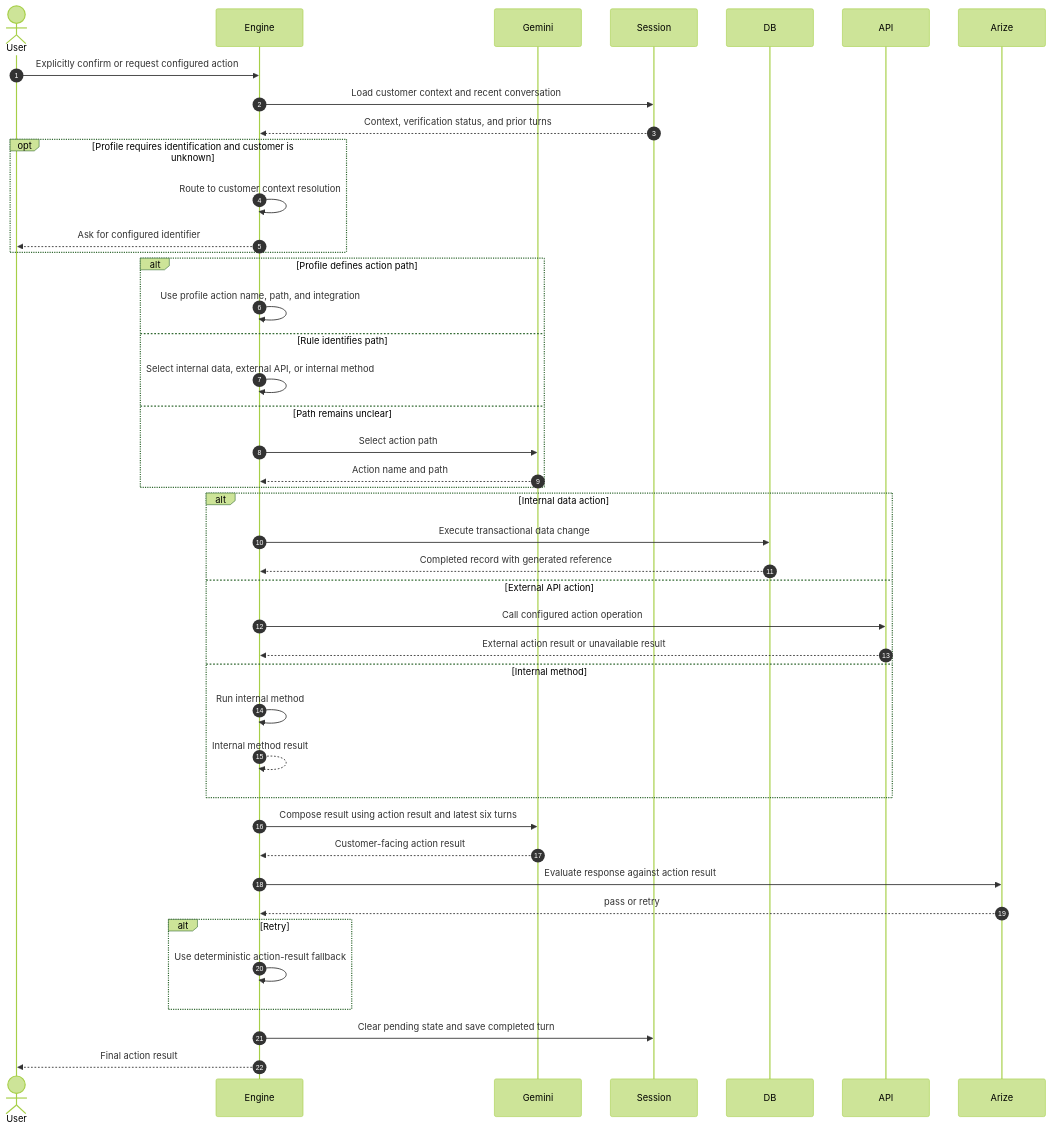
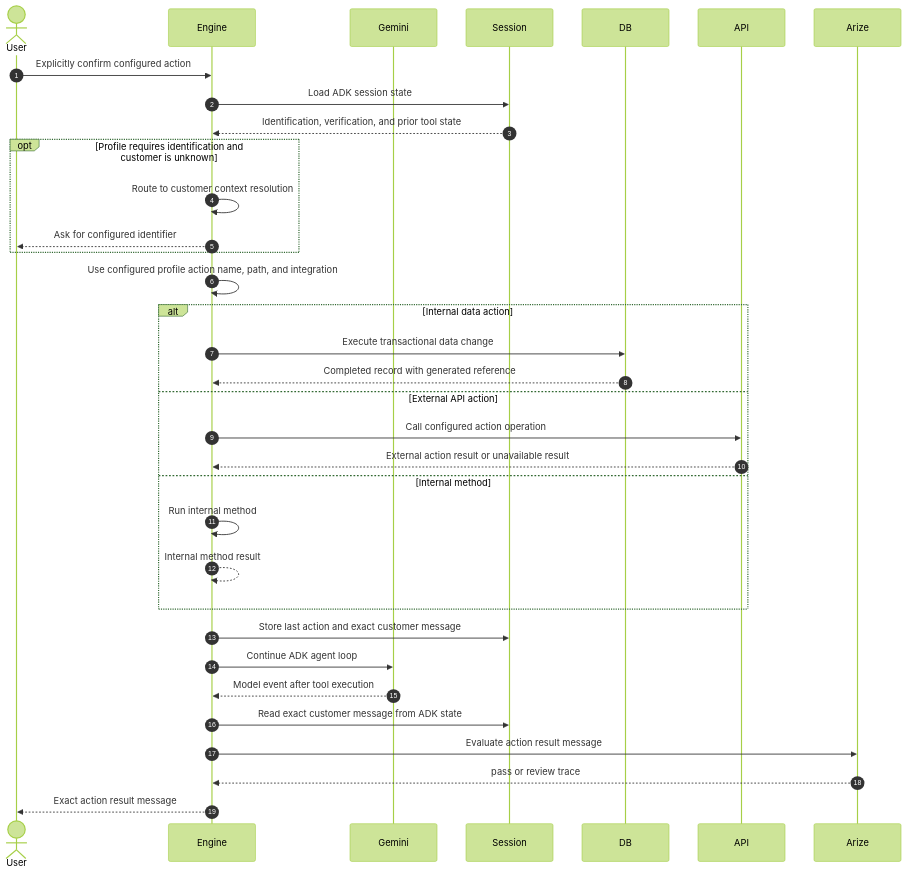
The diagram in docs/solution/sequences/action-execution.md (ariefwara/grounded-agentic-ai), drawn with Mermaid (forest theme) before and after one commit. The commit also changed other lines of this file and 91 other files, not shown here.

Commit message:
refactor engine around Google ADK

````diff
--- a/docs/solution/sequences/action-execution.md
+++ b/docs/solution/sequences/action-execution.md
@@ -3,50 +3,41 @@
 ```mermaid
 sequenceDiagram
     autonumber
     actor User
     participant Engine
     participant Gemini
     participant Session
     participant DB
     participant API
     participant Arize
 
-    User->>Engine: Explicitly confirm or request configured action
-    Engine->>Session: Load customer context and recent conversation
-    Session-->>Engine: Context, verification status, and prior turns
+    User->>Engine: Explicitly confirm configured action
+    Engine->>Session: Load ADK session state
+    Session-->>Engine: Identification, verification, and prior tool state
 
     opt Profile requires identification and customer is unknown
         Engine->>Engine: Route to customer context resolution
         Engine-->>User: Ask for configured identifier
     end
 
-    alt Profile defines action path
-        Engine->>Engine: Use profile action name, path, and integration
-    else Rule identifies path
-        Engine->>Engine: Select internal data, external API, or internal method
-    else Path remains unclear
-        Engine->>Gemini: Select action path
-        Gemini-->>Engine: Action name and path
-    end
+    Engine->>Engine: Use configured profile action name, path, and integration
 
     alt Internal data action
         Engine->>DB: Execute transactional data change
         DB-->>Engine: Completed record with generated reference
     else External API action
         Engine->>API: Call configured action operation
         API-->>Engine: External action result or unavailable result
     else Internal method
         Engine->>Engine: Run internal method
         Engine-->>Engine: Internal method result
     end
 
-    Engine->>Gemini: Compose result using action result and latest six turns
-    Gemini-->>Engine: Customer-facing action result
-    Engine->>Arize: Evaluate response against action result
-    Arize-->>Engine: pass or retry
-    alt Retry
-        Engine->>Engine: Use deterministic action-result fallback
-    end
-    Engine->>Session: Clear pending state and save completed turn
-    Engine-->>User: Final action result
+    Engine->>Session: Store last action and exact customer message
+    Engine->>Gemini: Continue ADK agent loop
+    Gemini-->>Engine: Model event after tool execution
+    Engine->>Session: Read exact customer message from ADK state
+    Engine->>Arize: Evaluate action result message
+    Arize-->>Engine: pass or review trace
+    Engine-->>User: Exact action result message
 ```
````
